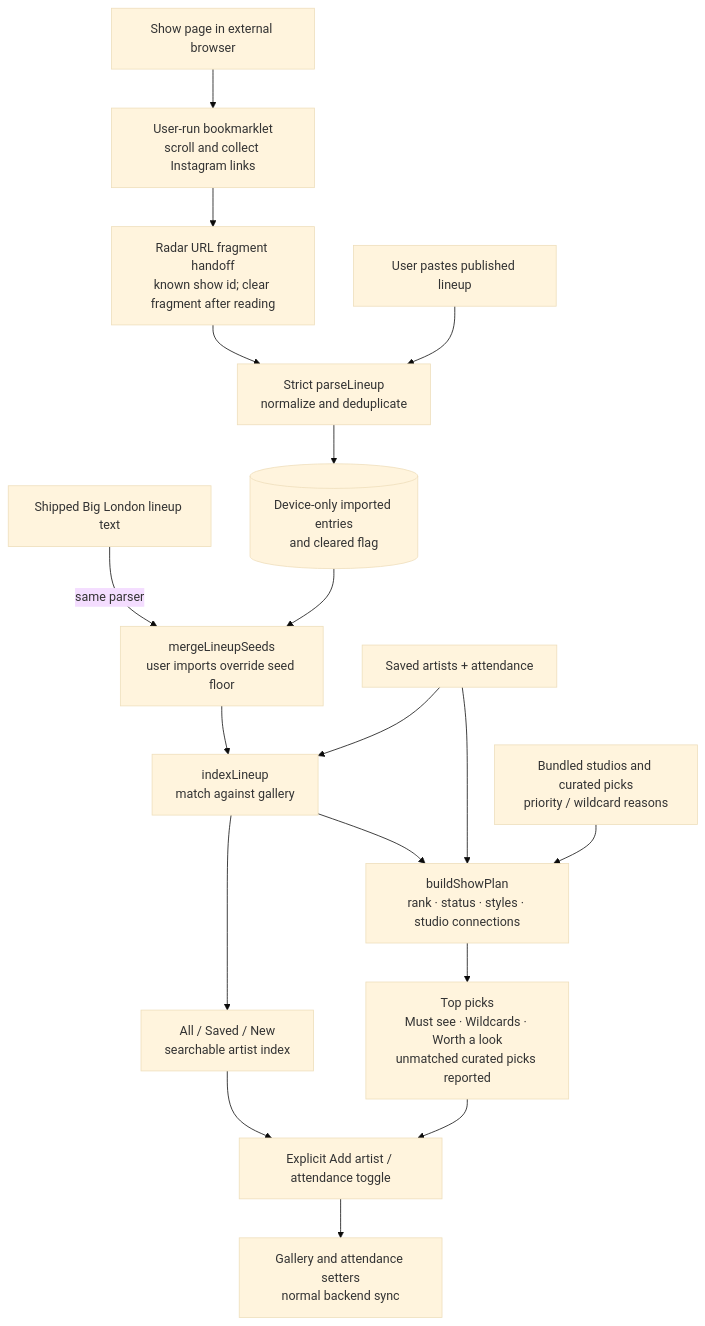
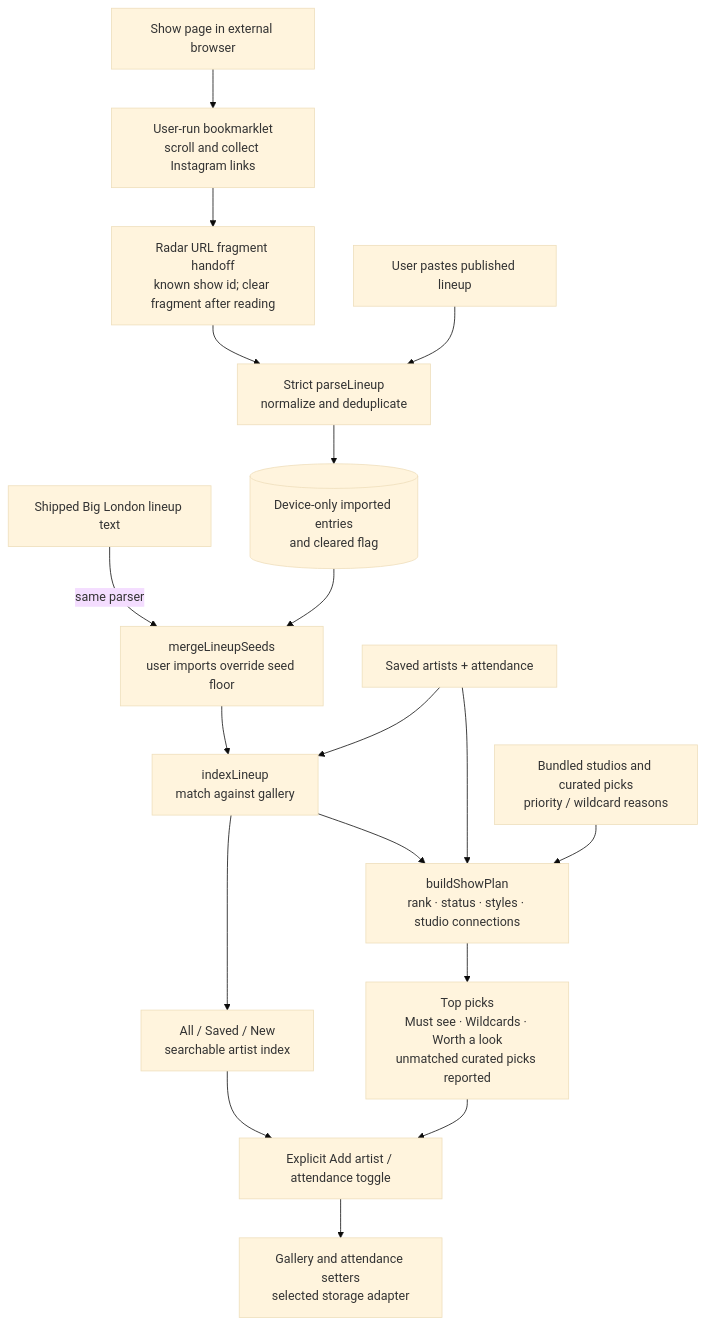
Before and after one commit to Pritesh1980/sable: diagram 12 of 13 in docs/ARCHITECTURE.md, drawn with Mermaid (base theme). The commit also changed other lines of this file and 39 other files, not shown here.

````diff
--- a/docs/ARCHITECTURE.md
+++ b/docs/ARCHITECTURE.md
@@ -634,30 +634,30 @@
 ```mermaid
 flowchart TB
   SEED["Shipped Big London lineup text"]
   PASTE["User pastes published lineup"]
   SHOW["Show page in external browser"]
   GRAB["User-run bookmarklet<br/>scroll and collect Instagram links"]
   HASH["Radar URL fragment handoff<br/>known show id; clear fragment after reading"]
   PARSE["Strict parseLineup<br/>normalize and deduplicate"]
   STORE[("Device-only imported entries<br/>and cleared flag")]
   MERGE["mergeLineupSeeds<br/>user imports override seed floor"]
   GALLERY["Saved artists + attendance"]
   INDEX["indexLineup<br/>match against gallery"]
   AZ["All / Saved / New<br/>searchable artist index"]
   PLAN["buildShowPlan<br/>rank · status · styles · studio connections"]
   CURATED["Bundled studios and curated picks<br/>priority / wildcard reasons"]
   PICKS["Top picks<br/>Must see · Wildcards · Worth a look<br/>unmatched curated picks reported"]
   KEEP["Explicit Add artist / attendance toggle"]
-  SYNC["Gallery and attendance setters<br/>normal backend sync"]
+  SYNC["Gallery and attendance setters<br/>selected storage adapter"]
 
   SHOW --> GRAB --> HASH --> PARSE
   PASTE --> PARSE --> STORE
   SEED -- "same parser" --> MERGE
   STORE --> MERGE --> INDEX
   GALLERY --> INDEX --> AZ
   INDEX --> PLAN
   GALLERY --> PLAN
   CURATED --> PLAN --> PICKS
   AZ --> KEEP
   PICKS --> KEEP --> SYNC
 ```
````
